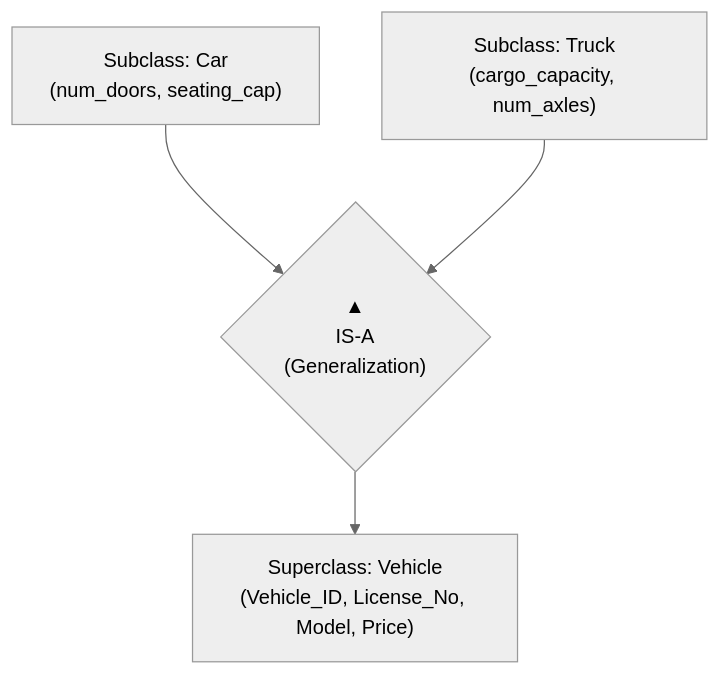
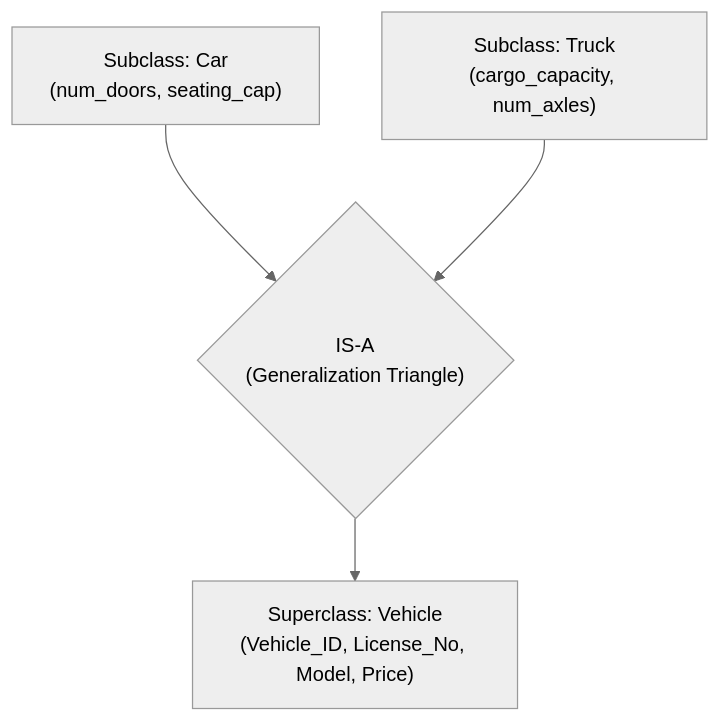
One commit to daihan054/Govt-it-question-bank-last-16-years-compact-it changed the seventh of 18 diagrams in all-theories-with-previous-questions-attached/database.md. Above: the diagram before and after it, drawn with Mermaid (neutral theme). The commit also changed other lines of this file, not shown here.

Commit message:
fix(database): quote edge labels and fix node IDs in mermaid diagrams for GitHub parser

````diff
--- a/all-theories-with-previous-questions-attached/database.md
+++ b/all-theories-with-previous-questions-attached/database.md
@@ -1222,6 +1222,6 @@
 ```mermaid
 flowchart TD
-    CAR["Subclass: Car<br/>(num_doors, seating_cap)"] --> ISA{"▲<br/>IS-A<br/>(Generalization)"}
+    CAR["Subclass: Car<br/>(num_doors, seating_cap)"] --> ISA{"IS-A<br/>(Generalization Triangle)"}
     TRUCK["Subclass: Truck<br/>(cargo_capacity, num_axles)"] --> ISA
     ISA --> VEHICLE["Superclass: Vehicle<br/>(Vehicle_ID, License_No, Model, Price)"]
 ```
````
